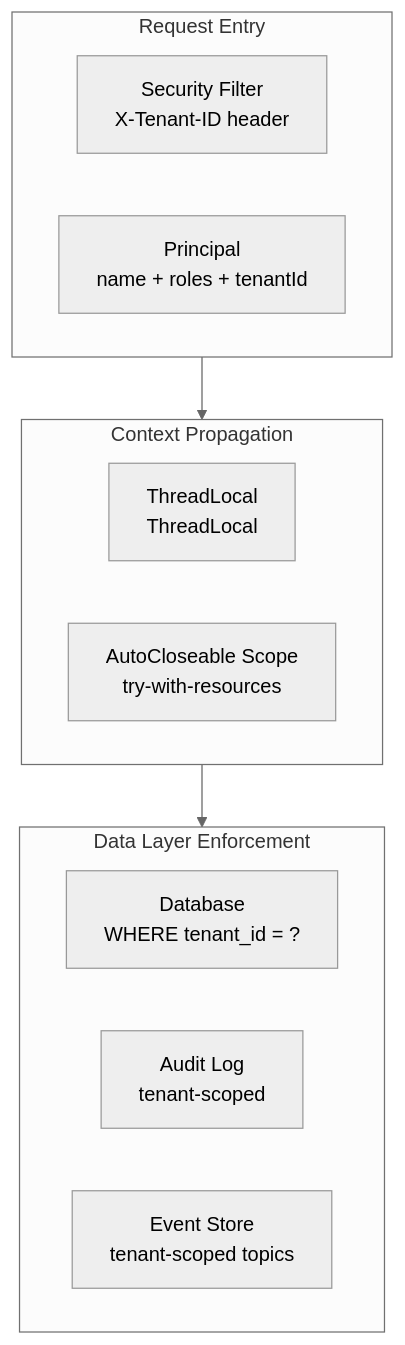
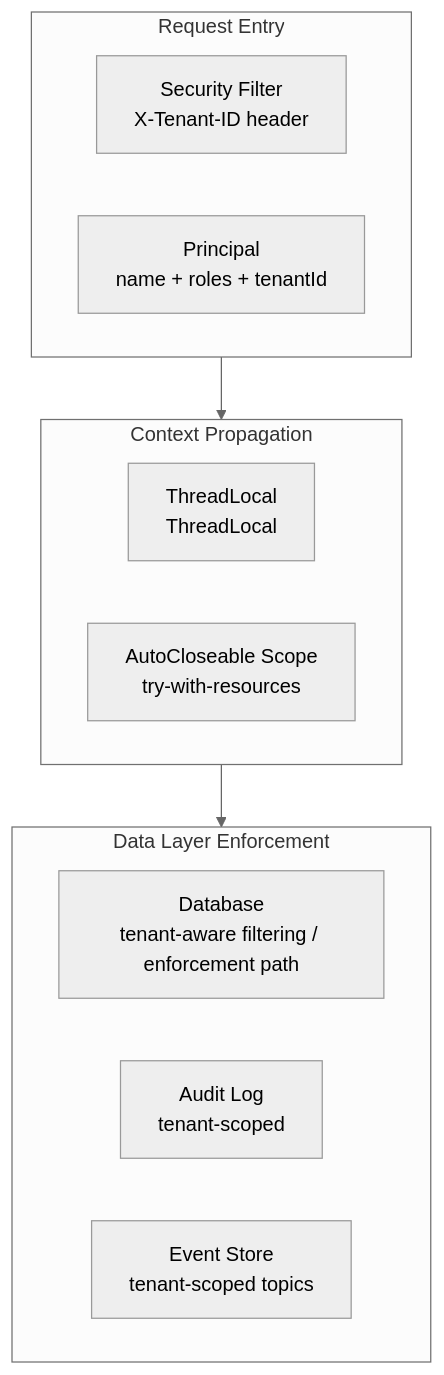
Before and after one commit to samujjwal/ghatana: the fifth of 10 diagrams in products/data-cloud/docs-generated/02-architecture-decisions-design/02-architecture-decisions-comprehensive.md, drawn with Mermaid (neutral theme). The commit also changed other lines of this file and 169 other files, not shown here.

````diff
--- a/products/data-cloud/docs-generated/02-architecture-decisions-design/02-architecture-decisions-comprehensive.md
+++ b/products/data-cloud/docs-generated/02-architecture-decisions-design/02-architecture-decisions-comprehensive.md
@@ -258,21 +258,21 @@
 ```mermaid
 flowchart TB
     subgraph Entry["Request Entry"]
         Filter["Security Filter<br/>X-Tenant-ID header"]
         Principal["Principal<br/>name + roles + tenantId"]
     end
-    
+
     subgraph Context["Context Propagation"]
         ThreadLocal["ThreadLocal<Principal><br/>ThreadLocal<String>"]
         Scope["AutoCloseable Scope<br/>try-with-resources"]
     end
-    
+
     subgraph Enforcement["Data Layer Enforcement"]
-        DB["Database<br/>WHERE tenant_id = ?"]
+        DB["Database<br/>tenant-aware filtering / enforcement path"]
         Audit["Audit Log<br/>tenant-scoped"]
         Events["Event Store<br/>tenant-scoped topics"]
     end
-    
+
     Entry --> Context
     Context --> Enforcement
 ```
````
